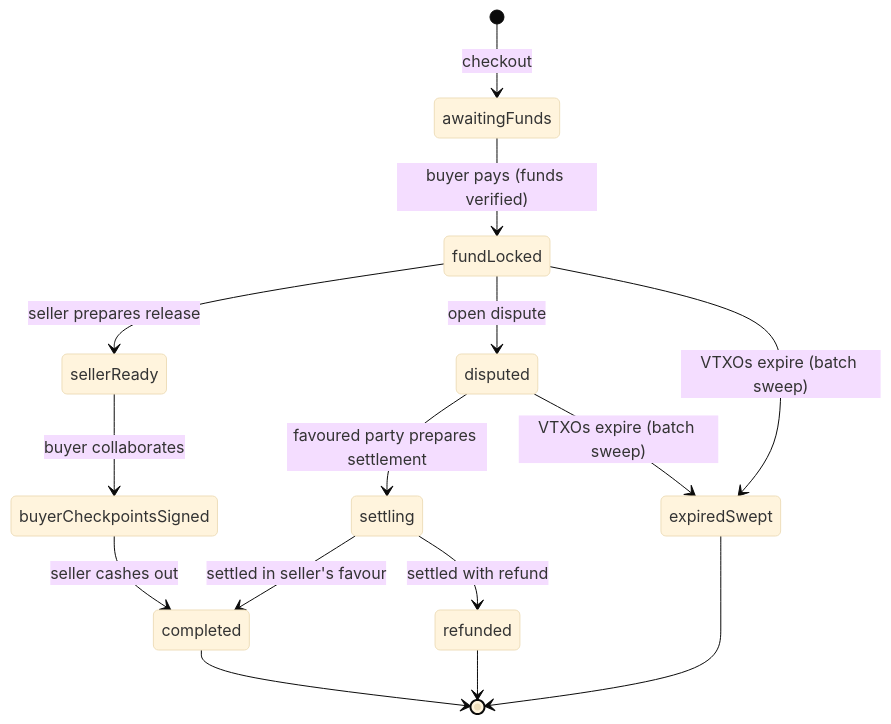
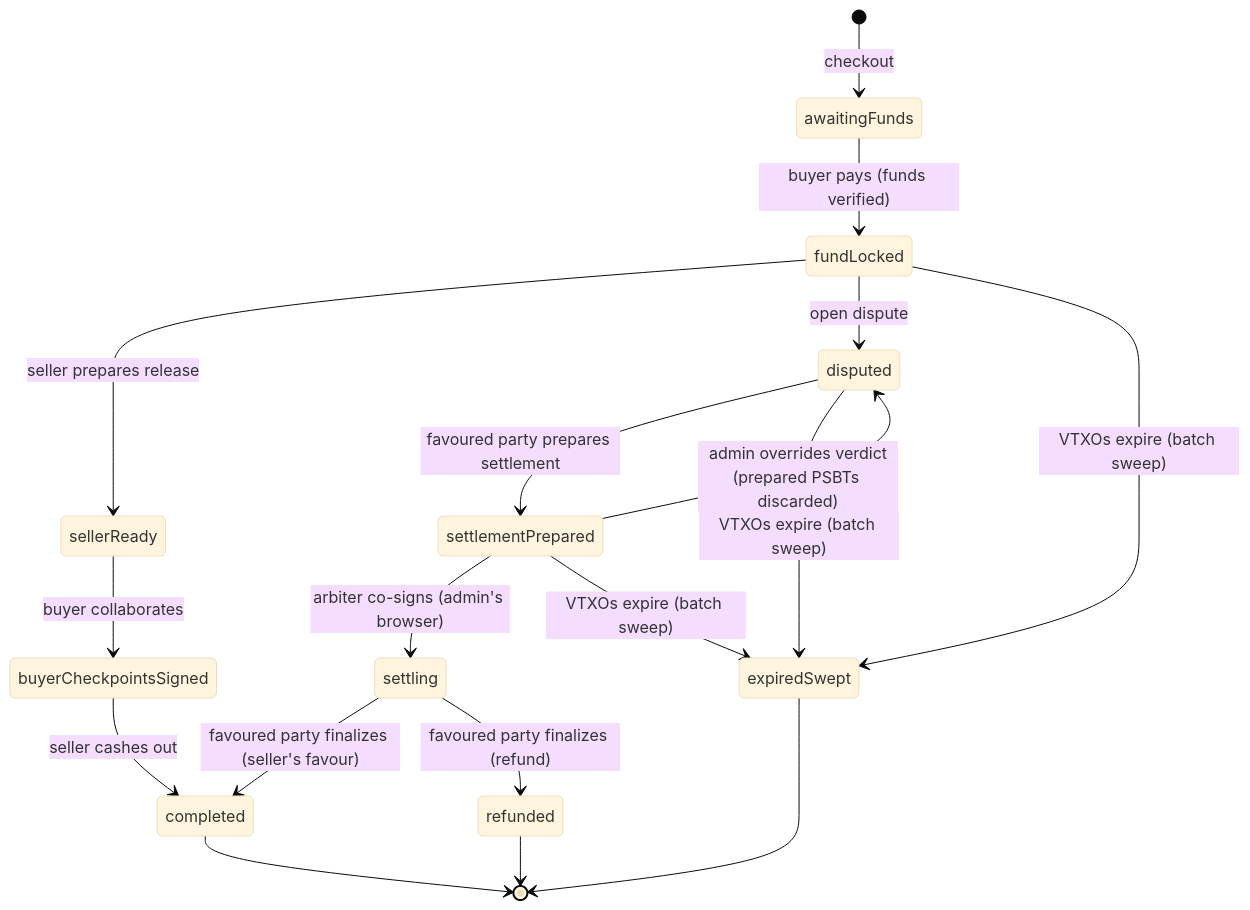
Before and after one commit to tkstudioio/antigone: the second of 2 diagrams in docs/lifecycle.md, drawn with Mermaid (base theme). The commit also changed other lines of this file and 113 other files, not shown here.

````diff
--- a/docs/lifecycle.md
+++ b/docs/lifecycle.md
@@ -51,20 +53,23 @@
 ```mermaid
 stateDiagram-v2
     [*] --> awaitingFunds: checkout
     awaitingFunds --> fundLocked: buyer pays (funds verified)
     fundLocked --> sellerReady: seller prepares release
     sellerReady --> buyerCheckpointsSigned: buyer collaborates
     buyerCheckpointsSigned --> completed: seller cashes out
 
     fundLocked --> disputed: open dispute
-    disputed --> settling: favoured party prepares settlement
-    settling --> completed: settled in seller's favour
-    settling --> refunded: settled with refund
+    disputed --> settlementPrepared: favoured party prepares settlement
+    settlementPrepared --> disputed: admin overrides verdict<br/>(prepared PSBTs discarded)
+    settlementPrepared --> settling: arbiter co-signs (admin's browser)
+    settling --> completed: favoured party finalizes (seller's favour)
+    settling --> refunded: favoured party finalizes (refund)
 
     fundLocked --> expiredSwept: VTXOs expire (batch sweep)
     disputed --> expiredSwept: VTXOs expire (batch sweep)
+    settlementPrepared --> expiredSwept: VTXOs expire (batch sweep)
 
     completed --> [*]
     refunded --> [*]
     expiredSwept --> [*]
 ```
````
